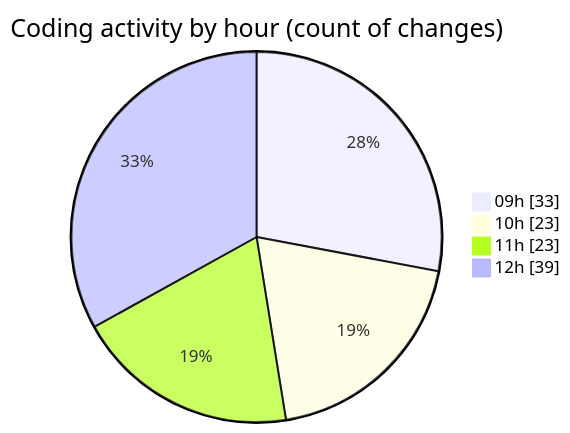
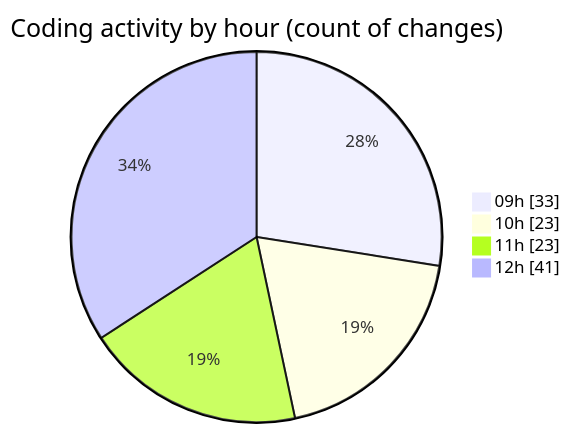
One commit to CELIANVF/code-tracking changed the second of 2 diagrams in 2025-05-20/ecodeli-1/README.md. Above: the diagram before and after it, drawn with Mermaid. The commit also changed other lines of this file and 1 other file, not shown here.

````diff
--- a/2025-05-20/ecodeli-1/README.md
+++ b/2025-05-20/ecodeli-1/README.md
@@ -74,8 +75,8 @@
 ```mermaid
 pie showData
 title Coding activity by hour (count of changes)
 "09h" : 33
 "10h" : 23
 "11h" : 23
-"12h" : 39
+"12h" : 41
 ```
````
